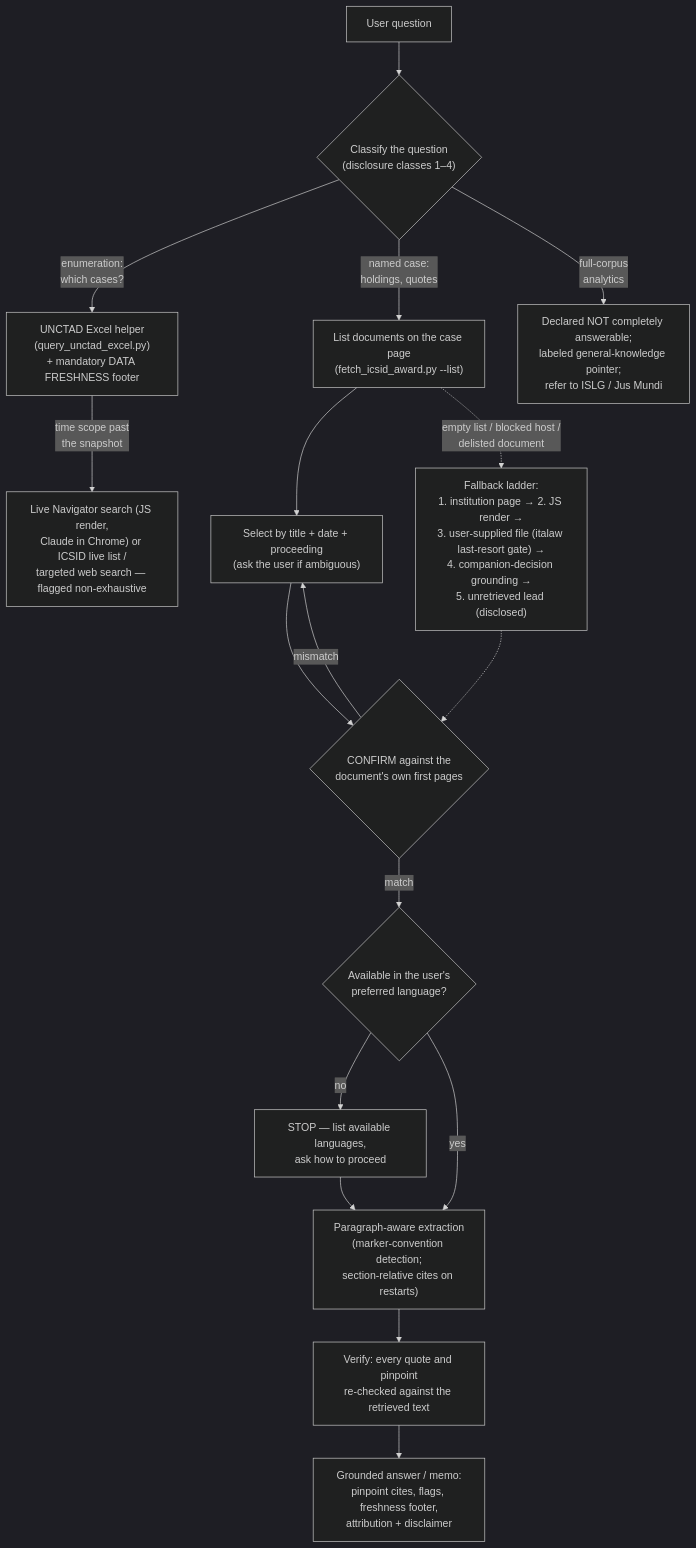
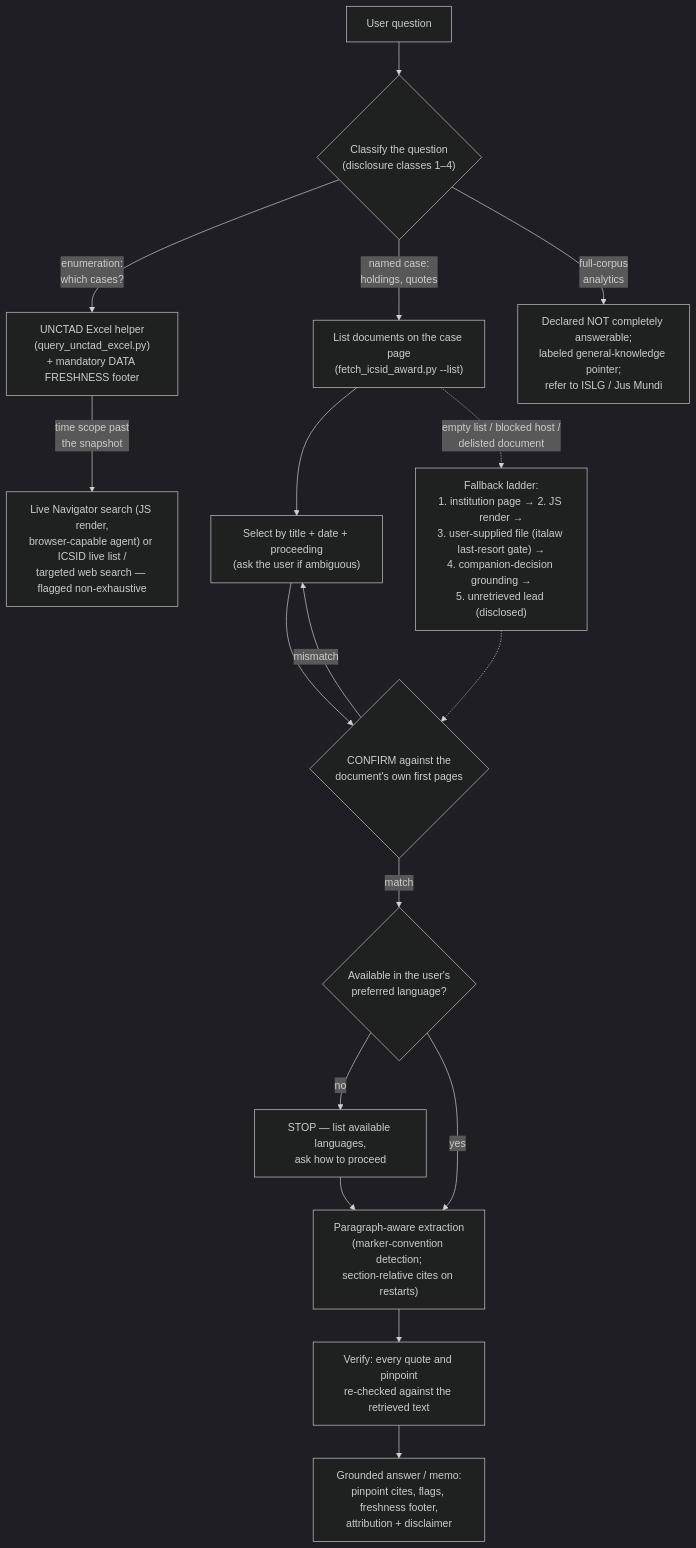
One commit to ccrnyc/isds-research changed the diagram in README.md. Above: the diagram before and after it, drawn with Mermaid (dark theme). The commit also changed other lines of this file and 3 other files, not shown here.

````diff
--- a/README.md
+++ b/README.md
@@ -83,22 +98,22 @@
 ```mermaid
 flowchart TD
     Q["User question"] --> C{"Classify the question<br/>(disclosure classes 1&ndash;4)"}
 
     C -->|"enumeration:<br/>which cases?"| E["UNCTAD Excel helper<br/>(query_unctad_excel.py)<br/>+ mandatory DATA FRESHNESS footer"]
-    E -->|"time scope past<br/>the snapshot"| CH["Live Navigator search (JS render,<br/>Claude in Chrome) or ICSID live list /<br/>targeted web search &mdash; flagged non-exhaustive"]
+    E -->|"time scope past<br/>the snapshot"| CH["Live Navigator search (JS render,<br/>browser-capable agent) or ICSID live list /<br/>targeted web search &mdash; flagged non-exhaustive"]
     C -->|"named case:<br/>holdings, quotes"| L["List documents on the case page<br/>(fetch_icsid_award.py --list)"]
     C -->|"full-corpus<br/>analytics"| X["Declared NOT completely answerable;<br/>labeled general-knowledge pointer;<br/>refer to ISLG / Jus Mundi"]
 
     L --> S["Select by title + date + proceeding<br/>(ask the user if ambiguous)"]
     S --> CF{"CONFIRM against the<br/>document's own first pages"}
     CF -->|"mismatch"| S
     CF -->|"match"| LANG{"Available in the user's<br/>preferred language?"}
     LANG -->|"no"| ASK["STOP &mdash; list available languages,<br/>ask how to proceed"]
     ASK --> EXT
     LANG -->|"yes"| EXT["Paragraph-aware extraction<br/>(marker-convention detection;<br/>section-relative cites on restarts)"]
     EXT --> V["Verify: every quote and pinpoint<br/>re-checked against the retrieved text"]
     V --> A["Grounded answer / memo:<br/>pinpoint cites, flags, freshness footer,<br/>attribution + disclaimer"]
 
     L -.->|"empty list / blocked host /<br/>delisted document"| F["Fallback ladder:<br/>1. institution page &rarr; 2. JS render &rarr;<br/>3. user-supplied file (italaw last-resort gate) &rarr;<br/>4. companion-decision grounding &rarr;<br/>5. unretrieved lead (disclosed)"]
     F -.-> CF
 ```
````
